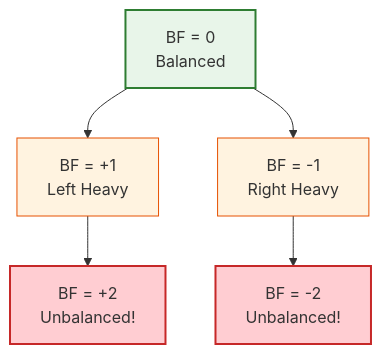
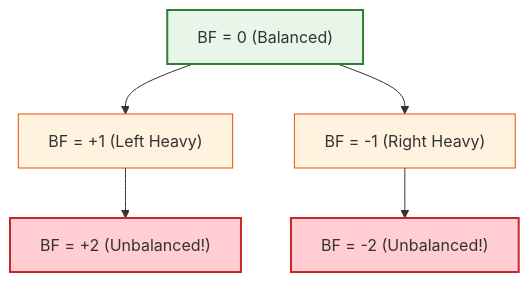
The first of 6 diagrams in site/docs/unit3/theory/unit3_07_avl_trees.md (imyash0722/SEM3-DSA-UE25CS52A-STUDY-MATERIAL), drawn with Mermaid before and after one commit. The commit also changed other lines of this file and 113 other files, not shown here.

Commit message:
Fix Mermaid diagram syntax, dark mode readability, algorithmic visualizations, and update site build

````diff
--- a/site/docs/unit3/theory/unit3_07_avl_trees.md
+++ b/site/docs/unit3/theory/unit3_07_avl_trees.md
@@ -18,13 +18,13 @@
 ```mermaid
 graph TD
-    Balanced[BF = 0<br/>Balanced] --> LeftHeavy[BF = +1<br/>Left Heavy]
-    Balanced --> RightHeavy[BF = -1<br/>Right Heavy]
-    LeftHeavy --> LeftHeavy2[BF = +2<br/>Unbalanced!]
-    RightHeavy --> RightHeavy2[BF = -2<br/>Unbalanced!]
+    Balanced["BF = 0 (Balanced)"] --> LeftHeavy["BF = +1 (Left Heavy)"]
+    Balanced --> RightHeavy["BF = -1 (Right Heavy)"]
+    LeftHeavy --> LeftHeavy2["BF = +2 (Unbalanced!)"]
+    RightHeavy --> RightHeavy2["BF = -2 (Unbalanced!)"]
     
     style Balanced fill:#e8f5e9,stroke:#2e7d32,stroke-width:2px
     style LeftHeavy fill:#fff3e0,stroke:#e65100
     style RightHeavy fill:#fff3e0,stroke:#e65100
     style LeftHeavy2 fill:#ffcdd2,stroke:#c62828,stroke-width:2px
     style RightHeavy2 fill:#ffcdd2,stroke:#c62828,stroke-width:2px
 ```
````
